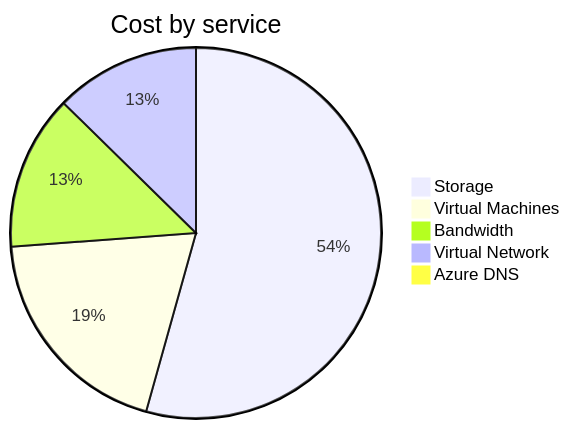
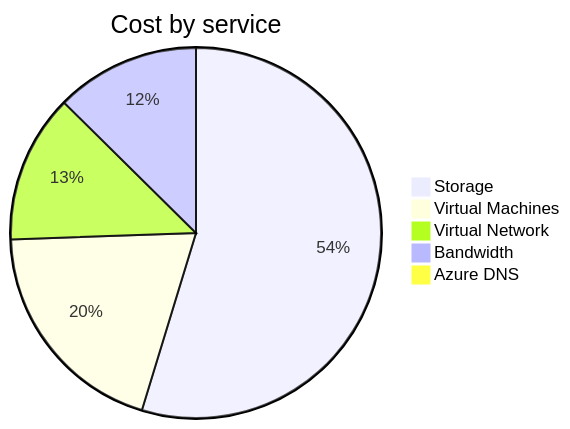
One commit to jpfulton/azure-personal-reports changed the second of 4 diagrams in cost-reports/personal-network/README.md. Above: the diagram before and after it, drawn with Mermaid. The commit also changed other lines of this file and 8 other files, not shown here.

````diff
--- a/cost-reports/personal-network/README.md
+++ b/cost-reports/personal-network/README.md
@@ -99,9 +99,9 @@
 ```mermaid
 pie
    title Cost by service
-   "Storage" : 11.21
-   "Virtual Machines" : 4.02
+   "Storage" : 12.12
+   "Virtual Machines" : 4.37
+   "Virtual Network" : 2.87
    "Bandwidth" : 2.79
-   "Virtual Network" : 2.61
-   "Azure DNS" : 0.17
+   "Azure DNS" : 0.19
 ```
````
